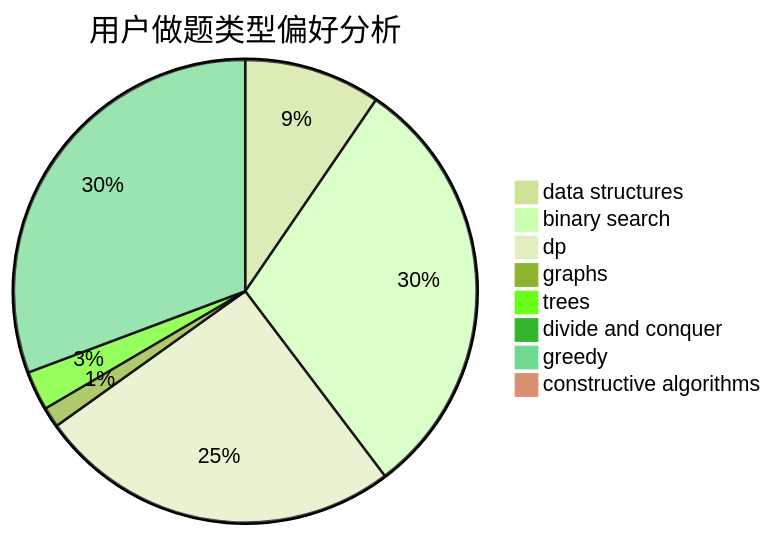
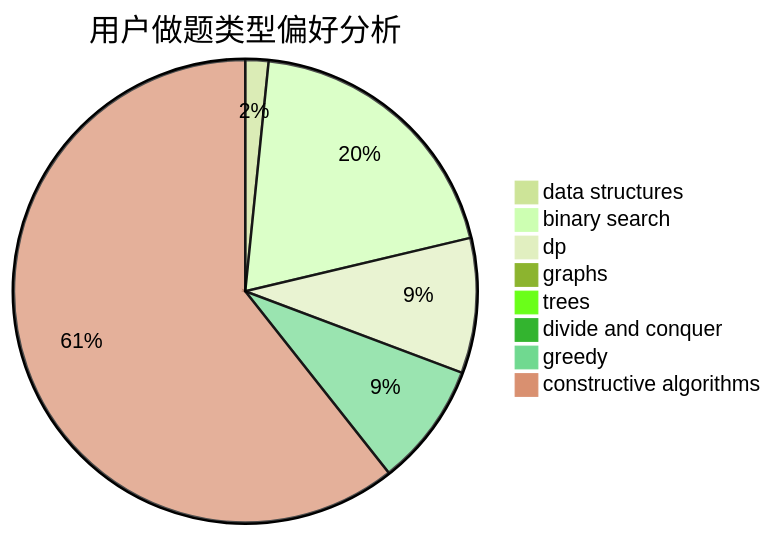
One commit to sherpahu/cfrs.github.io changed the second of 3 diagrams in docs/user/u1151.md. Above: the diagram before and after it, drawn with Mermaid (forest theme). The commit also changed other lines of this file and 2770 other files, not shown here.

````diff
--- a/docs/user/u1151.md
+++ b/docs/user/u1151.md
@@ -23,11 +23,11 @@
 ```mermaid
 pie title 用户做题类型偏好分析
-    "data structures" :  87
-    "binary search" :  275
-    "dp" :  232
-    "graphs" :  13
-    "trees" :  25
-    "divide and conquer" :  8
-    "greedy" :  280
-    "constructive algorithms" :  0
+    "data structures" :  6
+    "binary search" :  73
+    "dp" :  35
+    "graphs" :  0
+    "trees" :  0
+    "divide and conquer" :  0
+    "greedy" :  32
+    "constructive algorithms" :  225
 ```
````
